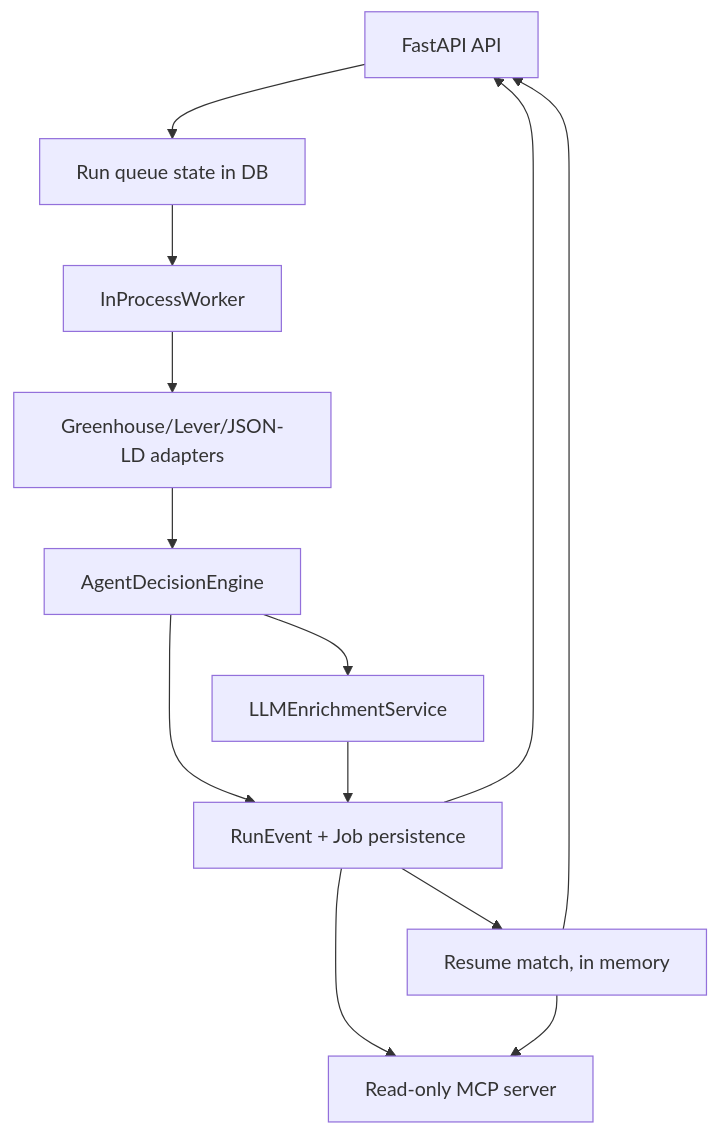
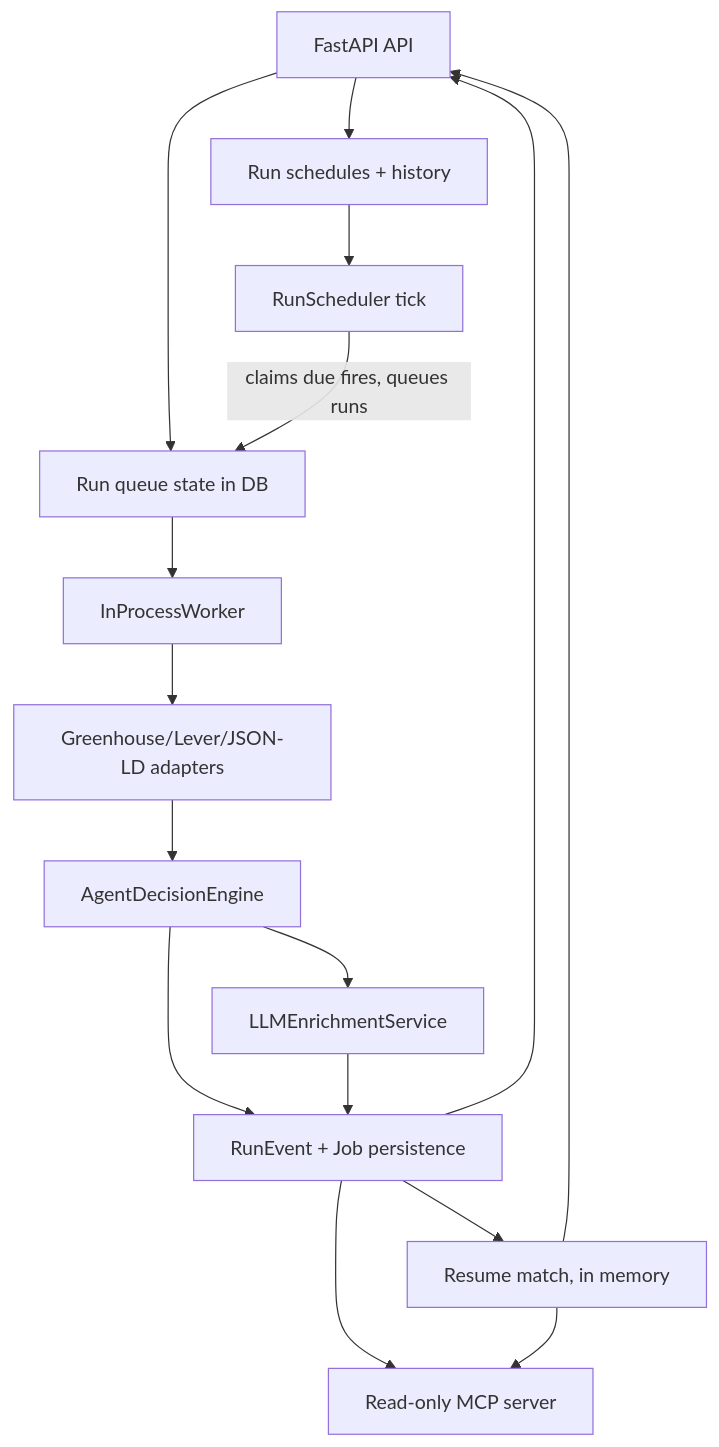
Before and after one commit to Francis1998/agentic-career-search: the diagram in ARCHITECTURE.md, drawn with Mermaid. The commit also changed other lines of this file and 10 other files, not shown here.

First line of the commit message:
docs(schedules): run schedules guide, API, configuration, safety and MCP docs

````diff
--- a/ARCHITECTURE.md
+++ b/ARCHITECTURE.md
@@ -3,15 +3,18 @@
 ```mermaid
 flowchart TD
     API[FastAPI API] --> QUEUE[Run queue state in DB]
+    API --> SCHEDULES[Run schedules + history]
+    SCHEDULES --> SCHEDULER[RunScheduler tick]
+    SCHEDULER -->|claims due fires, queues runs| QUEUE
     QUEUE --> WORKER[InProcessWorker]
     WORKER --> ADAPTERS[Greenhouse/Lever/JSON-LD adapters]
     ADAPTERS --> ENGINE[AgentDecisionEngine]
     ENGINE --> LLM[LLMEnrichmentService]
     ENGINE --> STORE[RunEvent + Job persistence]
     LLM --> STORE
     STORE --> API
     STORE --> MCP[Read-only MCP server]
     STORE --> MATCH[Resume match, in memory]
     MATCH --> API
     MATCH --> MCP
 ```
````
